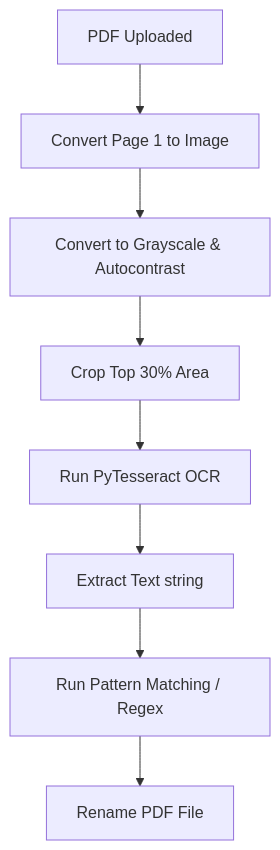
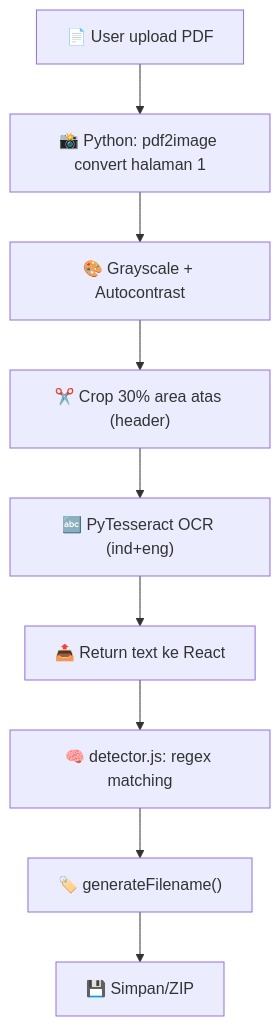
One commit to pangjaw/ganti-nama-app changed the diagram in notes/20_Arsitektur_Kode/22_Logika_OCR.md. Above: the diagram before and after it, drawn with Mermaid. The commit also changed other lines of this file and 131 other files, not shown here.

````diff
--- a/notes/20_Arsitektur_Kode/22_Logika_OCR.md
+++ b/notes/20_Arsitektur_Kode/22_Logika_OCR.md
@@ -15,10 +13,11 @@
 ```mermaid
 graph TD
-    A[PDF Uploaded] --> B[Convert Page 1 to Image]
-    B --> C[Convert to Grayscale & Autocontrast]
-    C --> D[Crop Top 30% Area]
-    D --> E[Run PyTesseract OCR]
-    E --> F[Extract Text string]
-    F --> G[Run Pattern Matching / Regex]
-    G --> H[Rename PDF File]
+    A["📄 User upload PDF"] --> B["📸 Python: pdf2image convert halaman 1"]
+    B --> C["🎨 Grayscale + Autocontrast"]
+    C --> D["✂️ Crop 30% area atas (header)"]
+    D --> E["🔤 PyTesseract OCR (ind+eng)"]
+    E --> F["📤 Return text ke React"]
+    F --> G["🧠 detector.js: regex matching"]
+    G --> H["🏷️ generateFilename()"]
+    H --> I["💾 Simpan/ZIP"]
 ```
````
